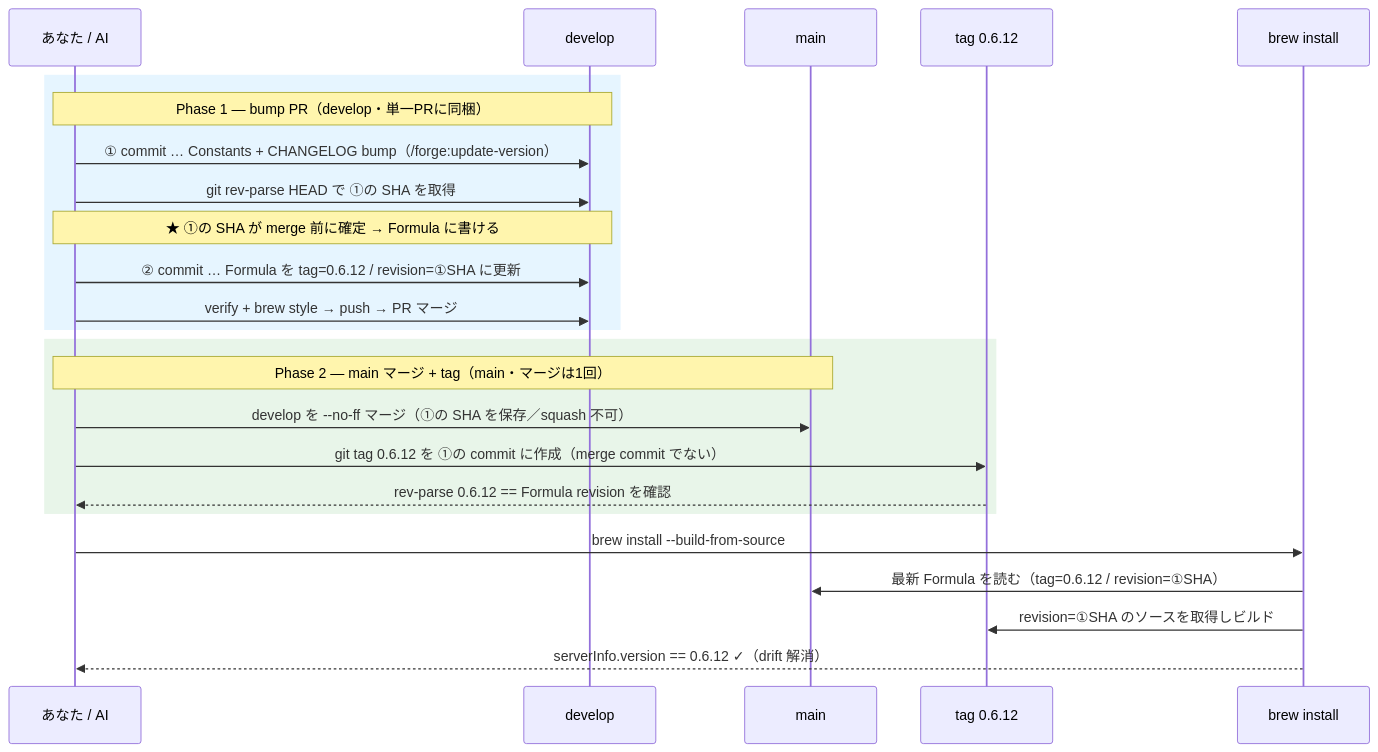
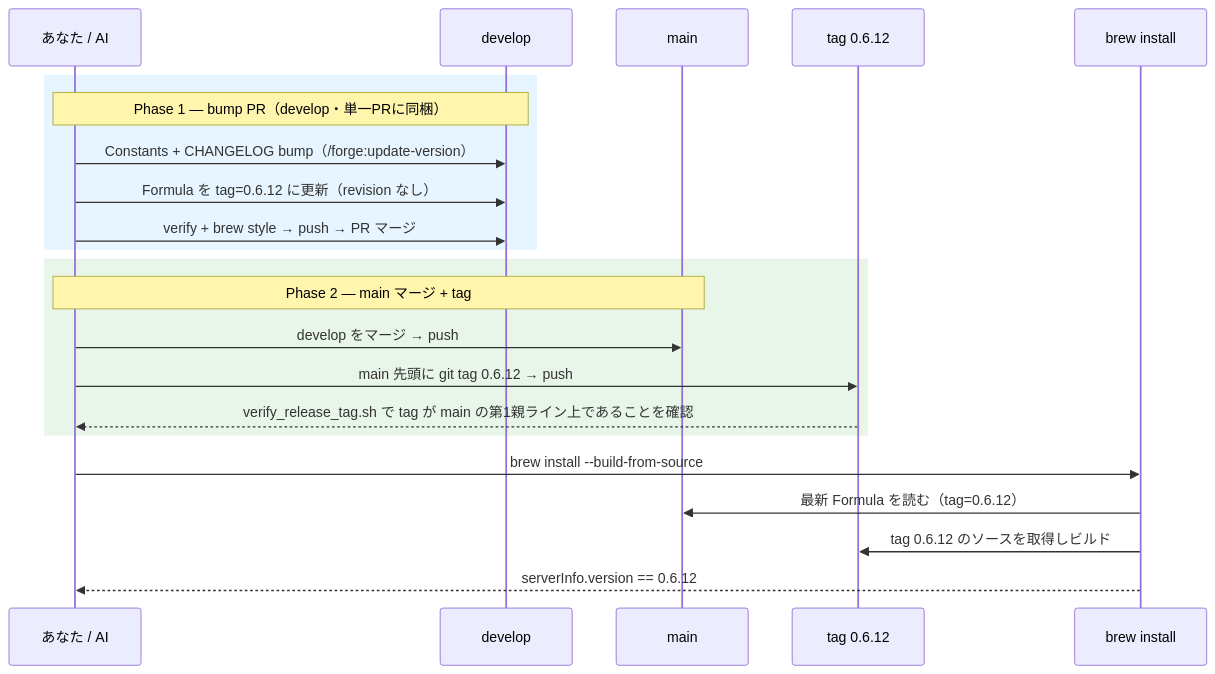
The second of 2 diagrams in CONTRIBUTING.ja.md (BlueEventHorizon/Swift-Selena), drawn with Mermaid before and after one commit. The commit also changed other lines of this file and 6 other files, not shown here.

First line of the commit message:
change: release tag を main 本流に打つ運用へ変更し、Formula の revision を廃止

````diff
--- a/CONTRIBUTING.ja.md
+++ b/CONTRIBUTING.ja.md
@@ -138,29 +135,27 @@
 ```mermaid
 sequenceDiagram
     participant Y as あなた / AI
     participant D as develop
     participant M as main
     participant T as tag 0.6.12
     participant BR as brew install
 
     rect rgb(230, 245, 255)
     Note over Y,D: Phase 1 — bump PR（develop・単一PRに同梱）
-    Y->>D: ① commit … Constants + CHANGELOG bump（/forge:update-version）
-    Y->>D: git rev-parse HEAD で ①の SHA を取得
-    Note over Y,D: ★ ①の SHA が merge 前に確定 → Formula に書ける
-    Y->>D: ② commit … Formula を tag=0.6.12 / revision=①SHA に更新
+    Y->>D: Constants + CHANGELOG bump（/forge:update-version）
+    Y->>D: Formula を tag=0.6.12 に更新（revision なし）
     Y->>D: verify + brew style → push → PR マージ
     end
 
     rect rgb(232, 245, 233)
-    Note over Y,M: Phase 2 — main マージ + tag（main・マージは1回）
-    Y->>M: develop を --no-ff マージ（①の SHA を保存／squash 不可）
-    Y->>T: git tag 0.6.12 を ①の commit に作成（merge commit でない）
-    T-->>Y: rev-parse 0.6.12 == Formula revision を確認
+    Note over Y,M: Phase 2 — main マージ + tag
+    Y->>M: develop をマージ → push
+    Y->>T: main 先頭に git tag 0.6.12 → push
+    T-->>Y: verify_release_tag.sh で tag が main の第1親ライン上であることを確認
     end
 
     Y->>BR: brew install --build-from-source
-    BR->>M: 最新 Formula を読む（tag=0.6.12 / revision=①SHA）
-    BR->>T: revision=①SHA のソースを取得しビルド
-    BR-->>Y: serverInfo.version == 0.6.12 ✓（drift 解消）
+    BR->>M: 最新 Formula を読む（tag=0.6.12）
+    BR->>T: tag 0.6.12 のソースを取得しビルド
+    BR-->>Y: serverInfo.version == 0.6.12
 ```
````
